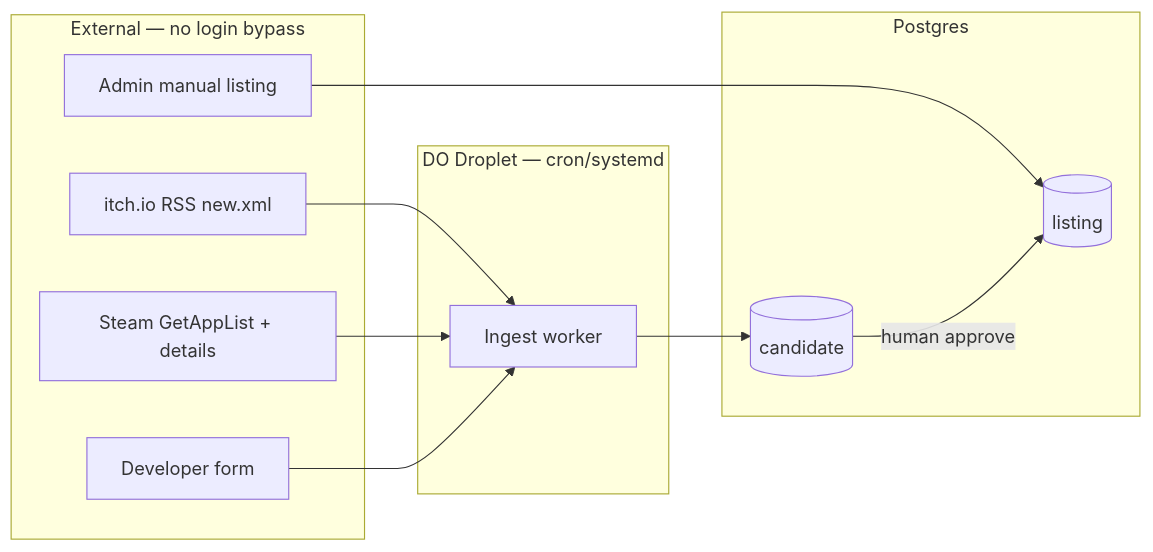
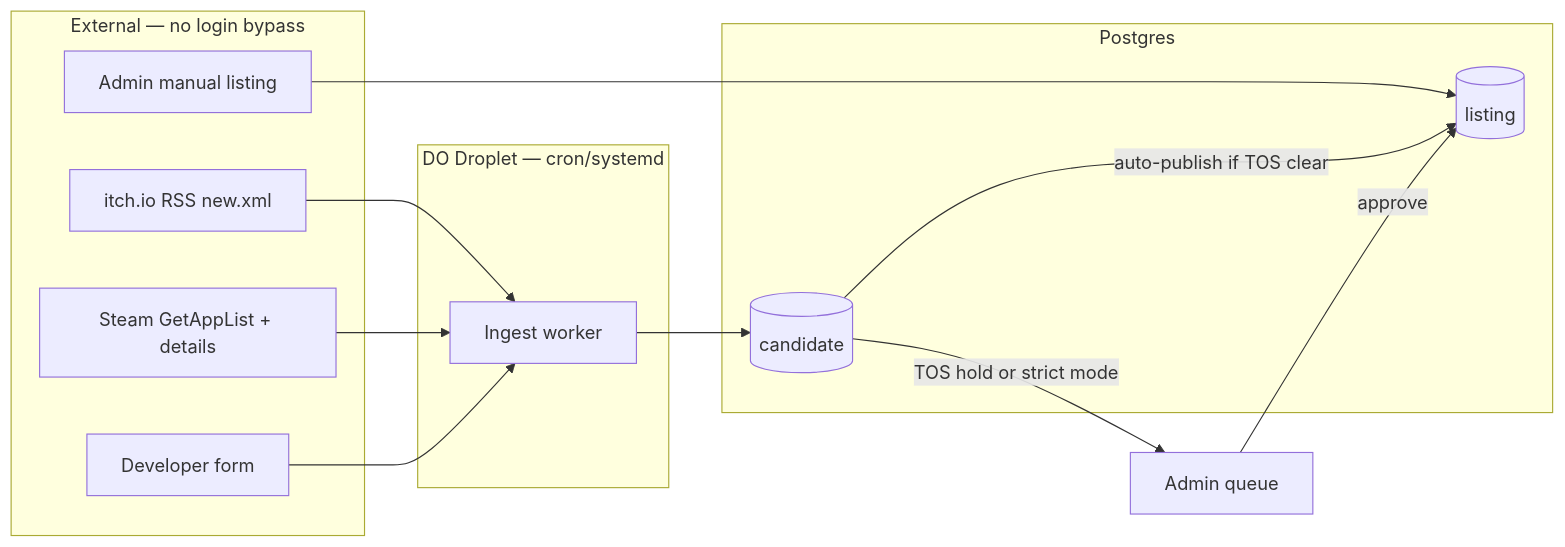
One commit to n0social/NSFW-Droid changed the diagram in docs/data-and-ingest.md. Above: the diagram before and after it, drawn with Mermaid. The commit also changed other lines of this file and 20 other files, not shown here.

````diff
--- a/docs/data-and-ingest.md
+++ b/docs/data-and-ingest.md
@@ -89,25 +89,27 @@
 ```mermaid
 flowchart LR
   subgraph sources [External — no login bypass]
     itch[itch.io RSS new.xml]
     steam[Steam GetAppList + details]
     manual[Admin manual listing]
     form[Developer form]
   end
 
   subgraph dovm [DO Droplet — cron/systemd]
     job[Ingest worker]
   end
 
   subgraph db [Postgres]
     cand[(candidate)]
     list[(listing)]
   end
 
   itch --> job
   steam --> job
   form --> job
   manual --> list
   job --> cand
-  cand -->|human approve| list
+  cand -->|TOS hold or strict mode| admin[Admin queue]
+  cand -->|auto-publish if TOS clear| list
+  admin -->|approve| list
 ```
````
